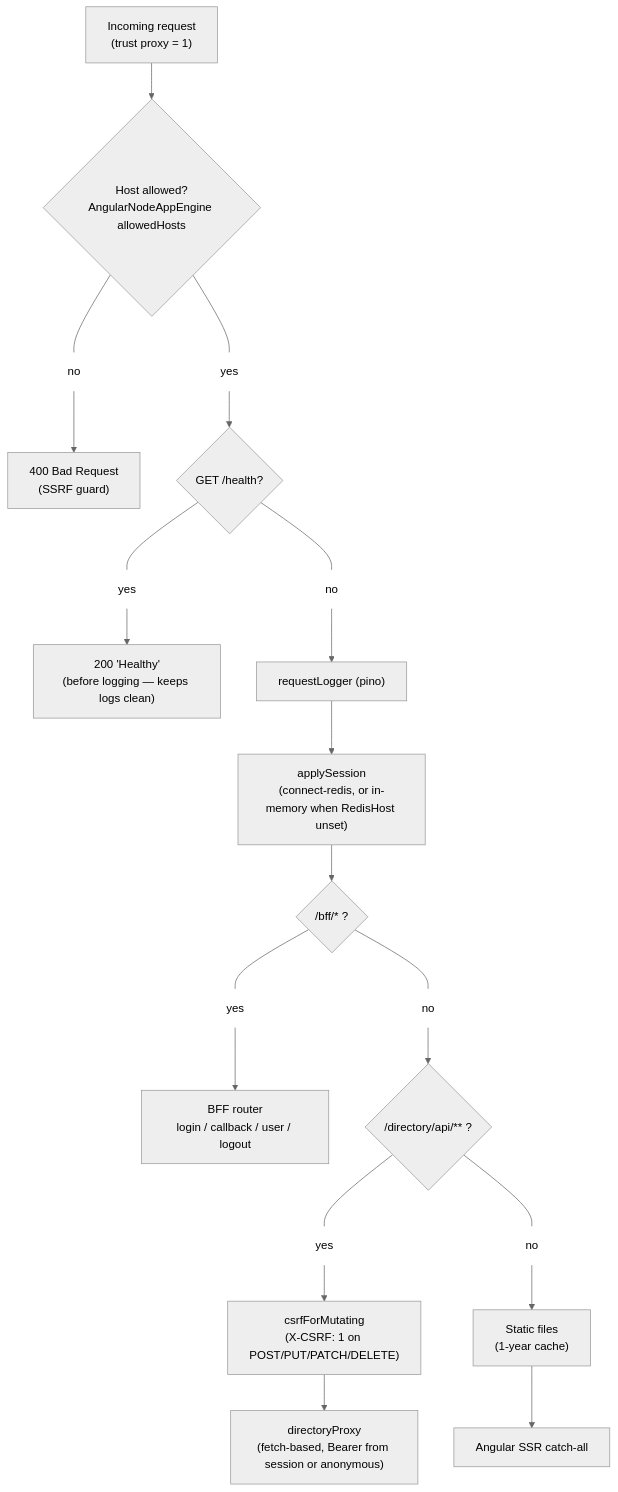
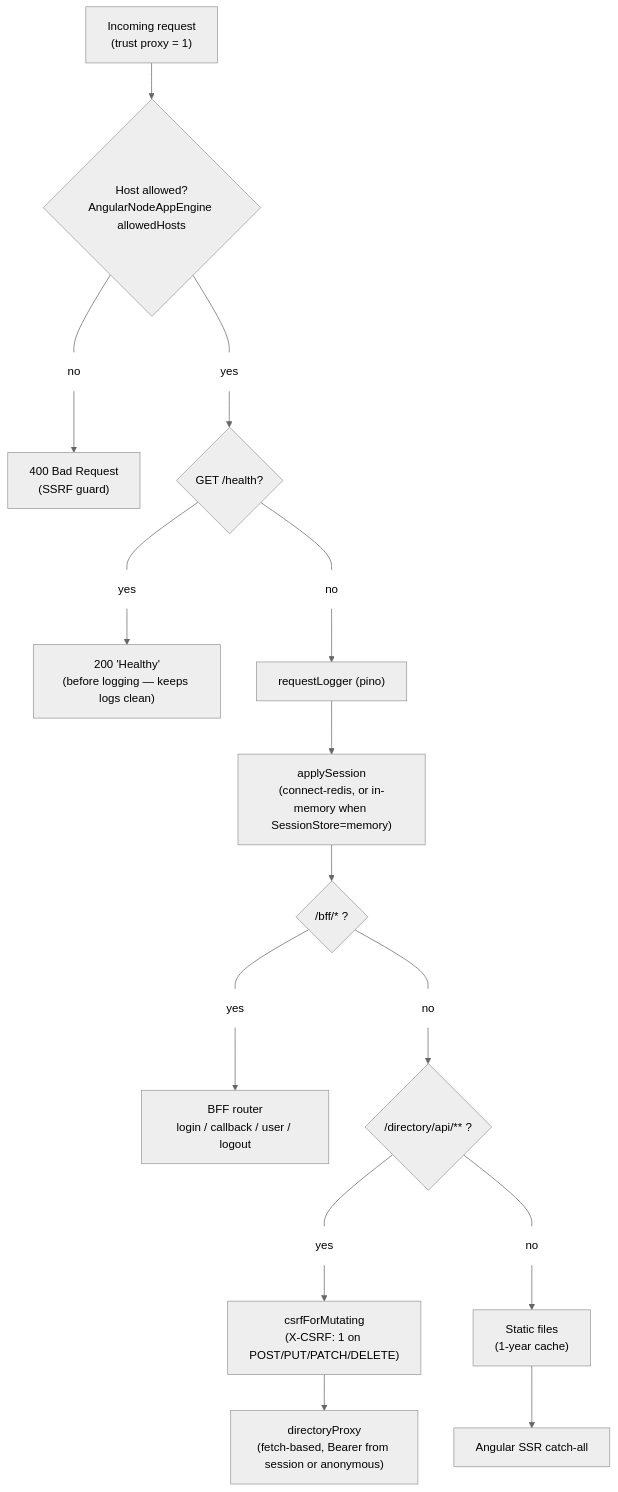
One commit to crgolden/Churches changed the second of 8 diagrams in ARCHITECTURE.md. Above: the diagram before and after it, drawn with Mermaid (neutral theme). The commit also changed other lines of this file and 136 other files, not shown here.

````diff
--- a/ARCHITECTURE.md
+++ b/ARCHITECTURE.md
@@ -84,19 +84,19 @@
 ```mermaid
 flowchart TD
     A["Incoming request<br/>(trust proxy = 1)"] --> B{"Host allowed?<br/>AngularNodeAppEngine allowedHosts"}
     B --- BN["no"] --> B1["400 Bad Request<br/>(SSRF guard)"]
     B --- BY["yes"] --> C{"GET /health?"}
     C --- CY["yes"] --> C1["200 'Healthy'<br/>(before logging — keeps logs clean)"]
     C --- CN["no"] --> D["requestLogger (pino)"]
-    D --> E["applySession<br/>(connect-redis, or in-memory when RedisHost unset)"]
+    D --> E["applySession<br/>(connect-redis, or in-memory when SessionStore=memory)"]
     E --> F{"/bff/* ?"}
     F --- FY["yes"] --> F1["BFF router<br/>login / callback / user / logout"]
     F --- FN["no"] --> G{"/directory/api/** ?"}
     G --- GY["yes"] --> H["csrfForMutating<br/>(X-CSRF: 1 on POST/PUT/PATCH/DELETE)"]
     H --> I["directoryProxy<br/>(fetch-based, Bearer from session or anonymous)"]
     G --- GN["no"] --> J["Static files<br/>(1-year cache)"]
     J --> K["Angular SSR catch-all"]
 
     classDef edgeLabel fill:none,stroke:none
     class BN,BY,CY,CN,FY,FN,GY,GN edgeLabel
 ```
````
